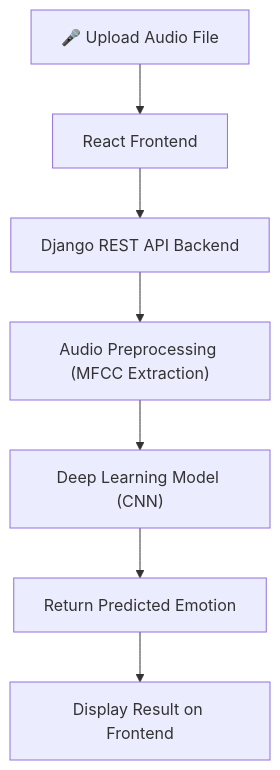
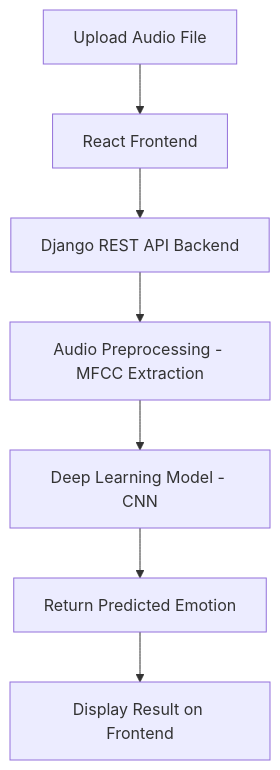
One commit to prasanna4149/speech-emotion-recognition changed the diagram in readme.md. Above: the diagram before and after it, drawn with Mermaid.

Commit message:
Simplify architecture diagram labels (#2)
* Fix architecture diagram rendering in README

* Simplify architecture diagram labels for reliable rendering

````diff
--- a/readme.md
+++ b/readme.md
@@ -96,10 +96,9 @@
 ```mermaid
 flowchart TD
-    A[🎤 Upload Audio File] --> B[React Frontend]
-    B --> C[Django REST API Backend]
-    C --> D["Audio Preprocessing (MFCC Extraction)"]
-    D --> E["Deep Learning Model (CNN)"]
-    E --> F[Return Predicted Emotion]
-    F --> G[Display Result on Frontend]
-
+    A["Upload Audio File"] --> B["React Frontend"]
+    B --> C["Django REST API Backend"]
+    C --> D["Audio Preprocessing - MFCC Extraction"]
+    D --> E["Deep Learning Model - CNN"]
+    E --> F["Return Predicted Emotion"]
+    F --> G["Display Result on Frontend"]
 ```
````
